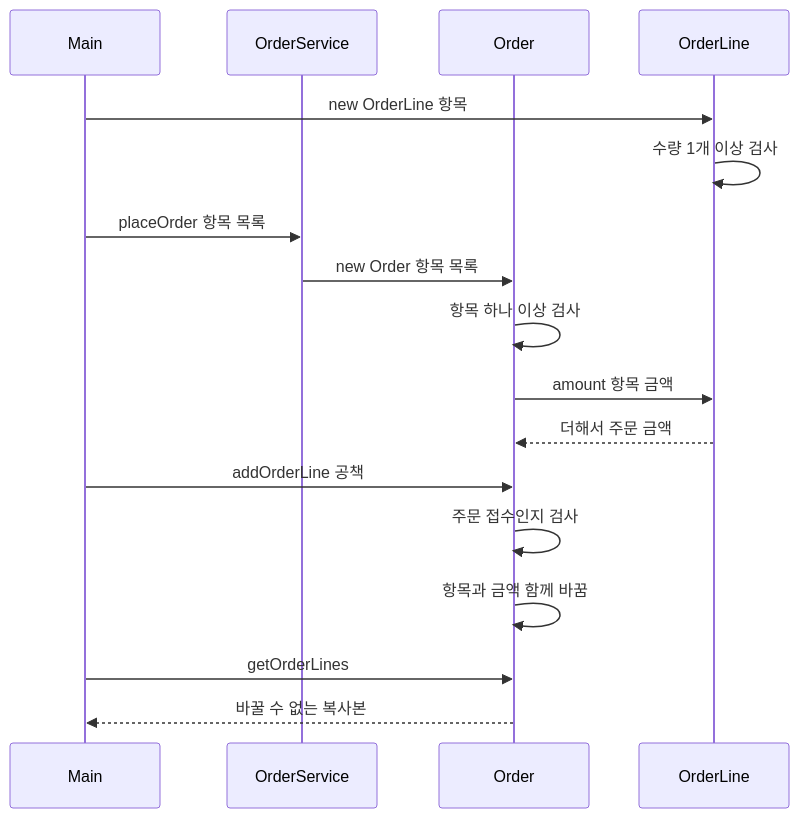
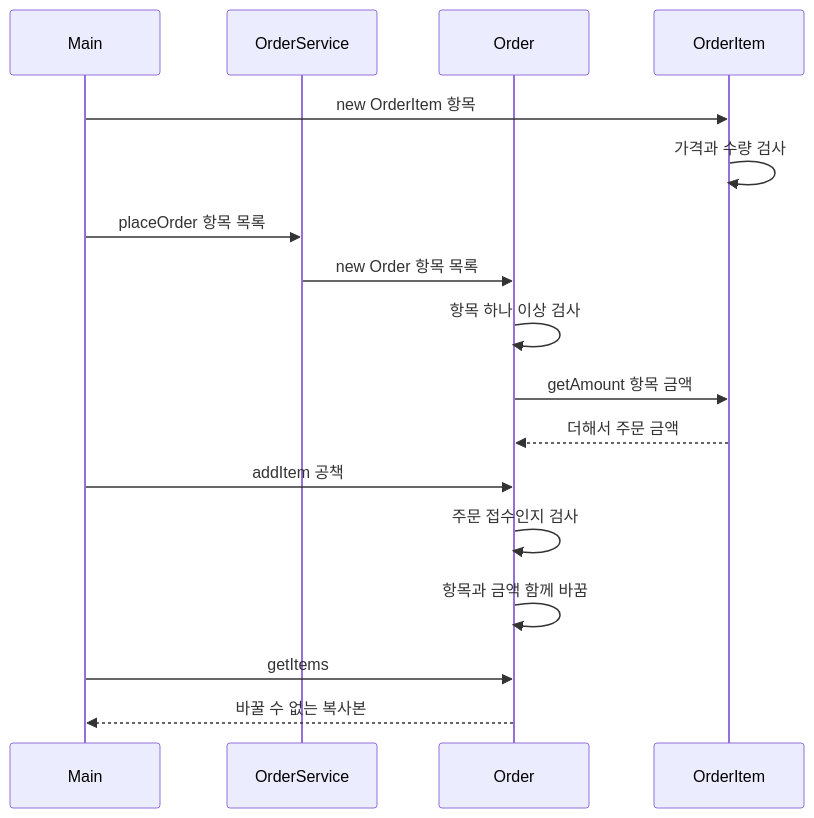
Before and after one commit to busan-bank-2026/ddd-example: the diagram in .projectcode/chapters/order-aggregate/diagrams/flow.md, drawn with Mermaid. The commit also changed 13 other files, not shown here.

````diff
--- a/.projectcode/chapters/order-aggregate/diagrams/flow.md
+++ b/.projectcode/chapters/order-aggregate/diagrams/flow.md
@@ -3,19 +3,19 @@
 ```mermaid
 sequenceDiagram
   participant M as Main
   participant S as OrderService
   participant O as Order
-  participant L as OrderLine
-  M->>L: new OrderLine 항목
-  L->>L: 수량 1개 이상 검사
+  participant I as OrderItem
+  M->>I: new OrderItem 항목
+  I->>I: 가격과 수량 검사
   M->>S: placeOrder 항목 목록
   S->>O: new Order 항목 목록
   O->>O: 항목 하나 이상 검사
-  O->>L: amount 항목 금액
-  L-->>O: 더해서 주문 금액
-  M->>O: addOrderLine 공책
+  O->>I: getAmount 항목 금액
+  I-->>O: 더해서 주문 금액
+  M->>O: addItem 공책
   O->>O: 주문 접수인지 검사
   O->>O: 항목과 금액 함께 바꿈
-  M->>O: getOrderLines
+  M->>O: getItems
   O-->>M: 바꿀 수 없는 복사본
 ```
````
